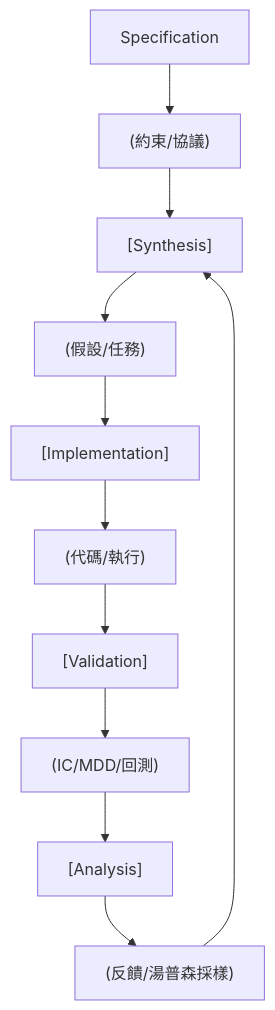
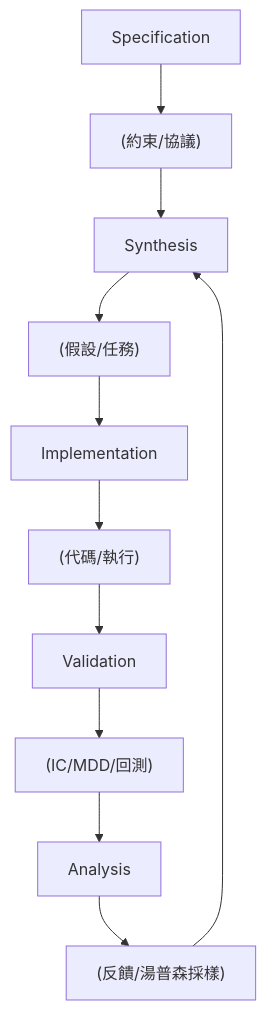
One commit to sou350121/Trading-Handbook changed the diagram in foundations/llm-agentic/rd-agent-q.md. Above: the diagram before and after it, drawn with Mermaid. The commit also changed 191 other files, not shown here.

First line of the commit message:
render: fix math + mermaid for GitHub across the corpus (188 pages)

````diff
--- a/foundations/llm-agentic/rd-agent-q.md
+++ b/foundations/llm-agentic/rd-agent-q.md
@@ -33,13 +33,13 @@
 ```mermaid
 flowchart TD
     N1["Specification"] --> N2["(約束/協議)"]
-    N2["(約束/協議)"] --> N3["[Synthesis]"]
-    N3["[Synthesis]"] --> N4["(假設/任務)"]
-    N4["(假設/任務)"] --> N5["[Implementation]"]
-    N5["[Implementation]"] --> N6["(代碼/執行)"]
-    N6["(代碼/執行)"] --> N7["[Validation]"]
-    N7["[Validation]"] --> N8["(IC/MDD/回測)"]
-    N8["(IC/MDD/回測)"] --> N9["[Analysis]"]
-    N9["[Analysis]"] --> N10["(反饋/湯普森採樣)"]
-    N10["(反饋/湯普森採樣)"] --> N3["[Synthesis]"]
+    N2["(約束/協議)"] --> N3["Synthesis"]
+    N3["Synthesis"] --> N4["(假設/任務)"]
+    N4["(假設/任務)"] --> N5["Implementation"]
+    N5["Implementation"] --> N6["(代碼/執行)"]
+    N6["(代碼/執行)"] --> N7["Validation"]
+    N7["Validation"] --> N8["(IC/MDD/回測)"]
+    N8["(IC/MDD/回測)"] --> N9["Analysis"]
+    N9["Analysis"] --> N10["(反饋/湯普森採樣)"]
+    N10["(反饋/湯普森採樣)"] --> N3["Synthesis"]
 ```
````
